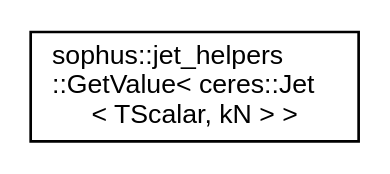
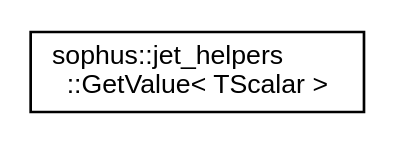
The diagram in latest/_static/inherit_graph_45.dot (strasdat/Sophus), drawn with Graphviz before and after one commit. The commit also changed 289 other files, not shown here.

```diff
--- a/latest/_static/inherit_graph_45.dot
+++ b/latest/_static/inherit_graph_45.dot
@@ -1,8 +1,8 @@
 digraph "Graphical Class Hierarchy"
 {
  // LATEX_PDF_SIZE
   edge [fontname="Helvetica",fontsize="10",labelfontname="Helvetica",labelfontsize="10"];
   node [fontname="Helvetica",fontsize="10",shape=record];
   rankdir="LR";
-  Node0 [label="sophus::jet_helpers\l::GetValue\< ceres::Jet\l\< TScalar, kN \> \>",height=0.2,width=0.4,color="black", fillcolor="white", style="filled",URL="$structsophus_1_1jet__helpers_1_1_get_value_3_01ceres_1_1_jet_3_01_t_scalar_00_01k_n_01_4_01_4.html",tooltip=" "];
+  Node0 [label="sophus::jet_helpers\l::GetValue\< TScalar \>",height=0.2,width=0.4,color="black", fillcolor="white", style="filled",URL="$structsophus_1_1jet__helpers_1_1_get_value.html",tooltip=" "];
 }
```
